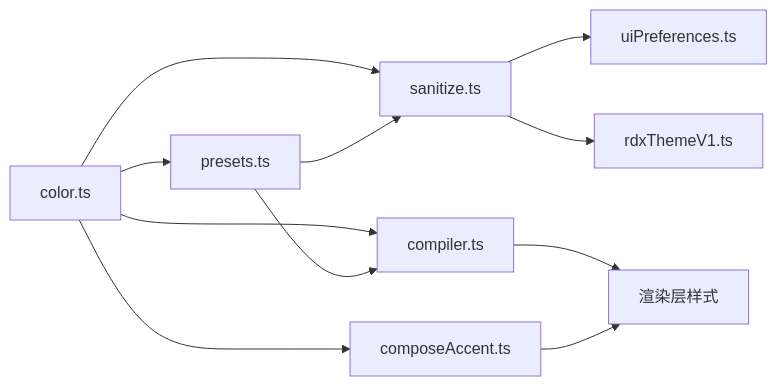
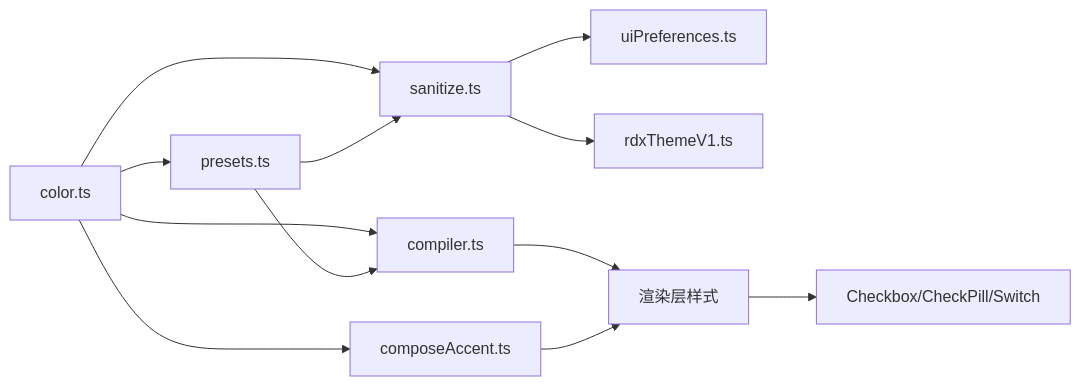
The sixth of 6 diagrams in .qoder/repowiki/zh/content/架构设计/渲染器架构/UI 特性/主题系统.md (haolange/RDC-Agent), drawn with Mermaid before and after one commit. The commit also changed other lines of this file and 22 other files, not shown here.

````diff
--- a/.qoder/repowiki/zh/content/架构设计/渲染器架构/UI 特性/主题系统.md
+++ b/.qoder/repowiki/zh/content/架构设计/渲染器架构/UI 特性/主题系统.md
@@ -307,13 +382,14 @@
 ```mermaid
 graph LR
 Color["color.ts"] --> Presets["presets.ts"]
 Color --> Sanitize["sanitize.ts"]
 Color --> Compiler["compiler.ts"]
 Color --> Compose["composeAccent.ts"]
 Presets --> Sanitize
 Presets --> Compiler
 Sanitize --> UiPrefs["uiPreferences.ts"]
 Sanitize --> RdxV1["rdxThemeV1.ts"]
 Compiler --> Renderer["渲染层样式"]
 Compose --> Renderer
+Renderer --> Components["Checkbox/CheckPill/Switch"]
 ```
````
